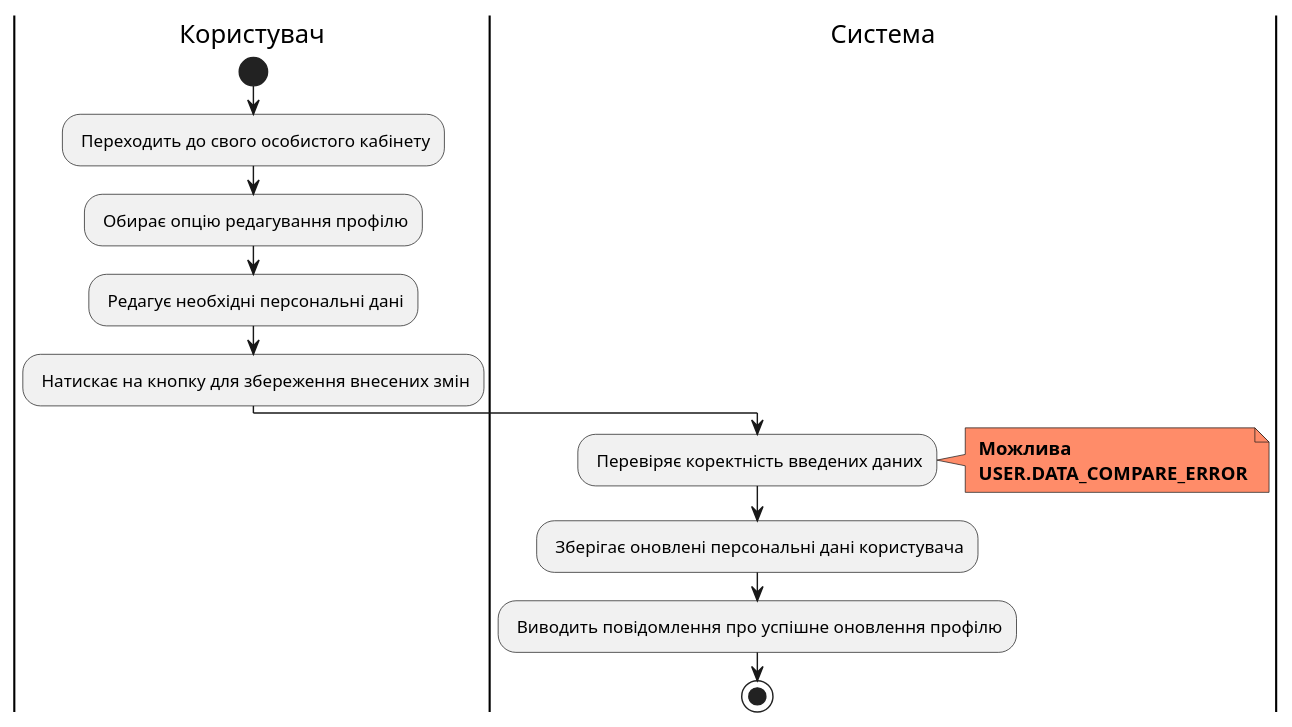
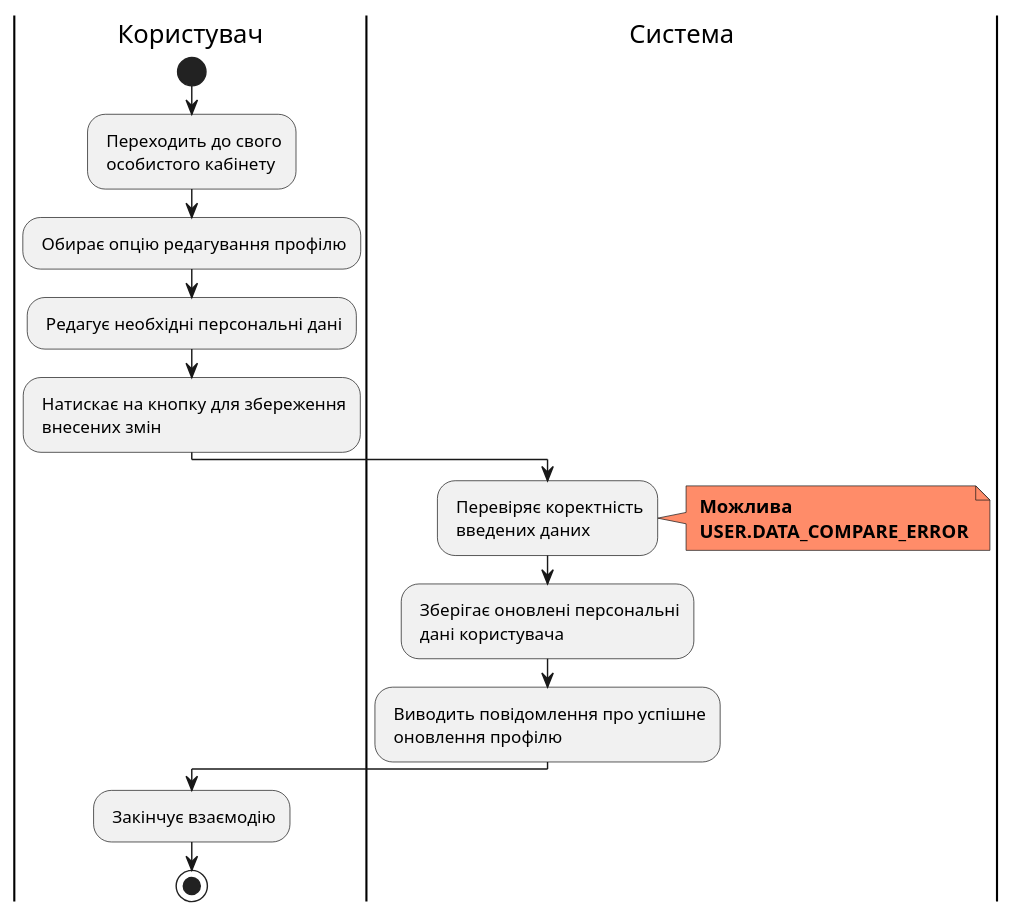
One commit to edu-db/edu_db_labs changed diagram 11 of 19 in docs/use cases/README.md. Above: the diagram before and after it, drawn with PlantUML. The commit also changed other lines of this file, not shown here.

```diff
--- a/docs/use cases/README.md
+++ b/docs/use cases/README.md
@@ -711,22 +721,25 @@
 @startuml
 
 |Користувач|
 start;
-: Переходить до свого особистого кабінету;
+: Переходить до свого\n особистого кабінету;
 : Обирає опцію редагування профілю;
 : Редагує необхідні персональні дані;
-: Натискає на кнопку для збереження внесених змін;
+: Натискає на кнопку для збереження\n внесених змін;
 
 |Система|
-: Перевіряє коректність введених даних;
+: Перевіряє коректність\n введених даних;
 
 note right #ff8c69
 <b> Можлива
 <b> USER.DATA_COMPARE_ERROR
 end note
 
-: Зберігає оновлені персональні дані користувача;
-: Виводить повідомлення про успішне оновлення профілю;
+: Зберігає оновлені персональні\n дані користувача;
+: Виводить повідомлення про успішне\n оновлення профілю;
+
+|Користувач|
+: Закінчує взаємодію;
   stop;
   
 @enduml
```
